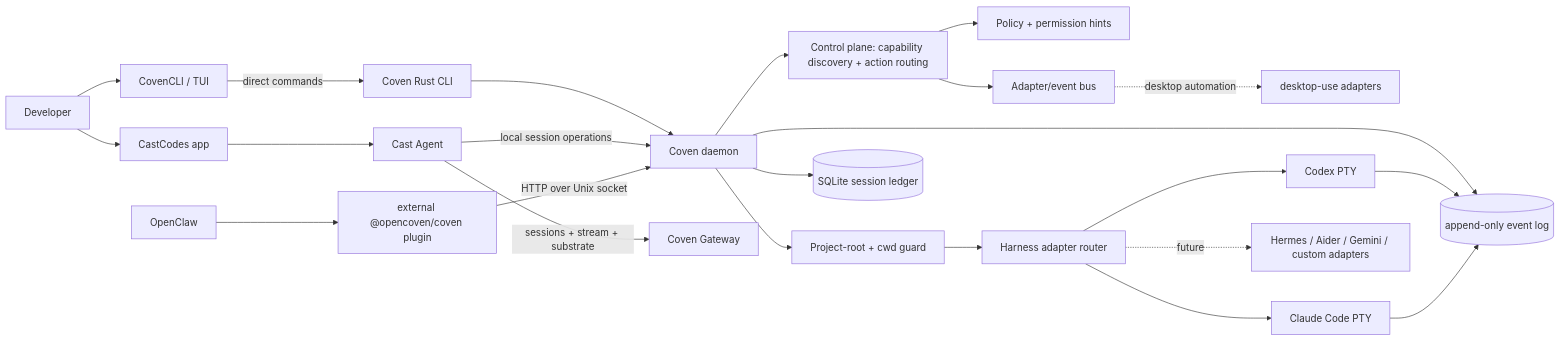
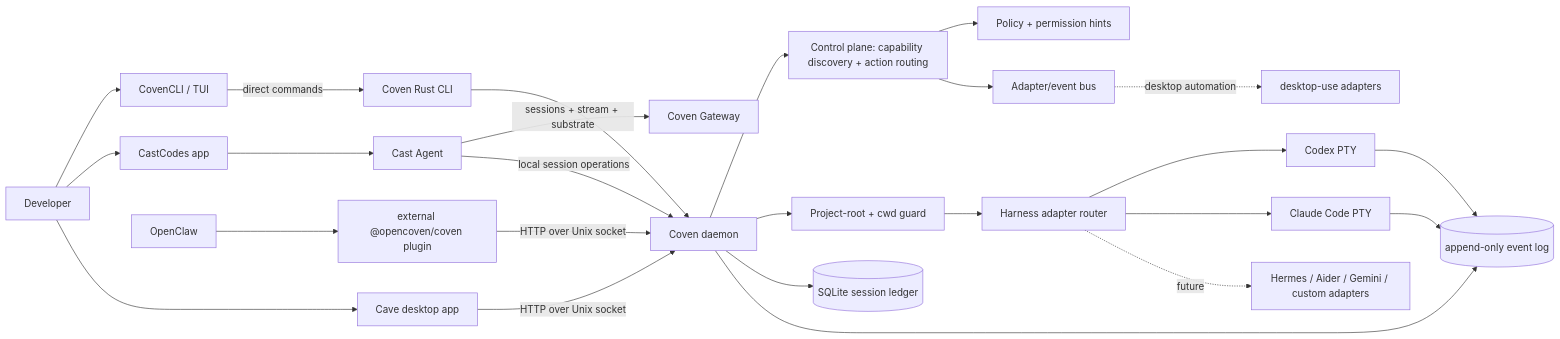
The first of 4 diagrams in content/docs/guide/architecture.mdx (OpenCoven/coven-docs), drawn with Mermaid before and after one commit. The commit also changed other lines of this file and 13 other files, not shown here.

````diff
--- a/content/docs/guide/architecture.mdx
+++ b/content/docs/guide/architecture.mdx
@@ -34,28 +34,30 @@
 ```mermaid
 flowchart LR
   User[Developer] --> CLI[CovenCLI / TUI]
   User --> CastCodes[CastCodes app]
+  User --> Cave[Cave desktop app]
   CLI -->|direct commands| Rust[Coven Rust CLI]
   Rust --> Daemon[Coven daemon]
 
   CastCodes --> CastAgent[Cast Agent]
   CastAgent -->|sessions + stream + substrate| Gateway[Coven Gateway]
   CastAgent -->|local session operations| Daemon
+  Cave -->|HTTP over Unix socket| Daemon
   OpenClaw[OpenClaw] --> Plugin[external @opencoven/coven plugin]
   Plugin -->|HTTP over Unix socket| Daemon
   Daemon --> Control[Control plane: capability discovery + action routing]
   Control --> Policy[Policy + permission hints]
   Control --> AdapterBus[Adapter/event bus]
   AdapterBus -. desktop automation .-> DesktopUse[desktop-use adapters]
 
   Daemon --> Boundary[Project-root + cwd guard]
   Boundary --> Adapter[Harness adapter router]
   Adapter --> Codex[Codex PTY]
   Adapter --> Claude[Claude Code PTY]
   Adapter -. future .-> Future[Hermes / Aider / Gemini / custom adapters]
 
   Daemon --> Store[(SQLite session ledger)]
   Daemon --> Events[(append-only event log)]
   Codex --> Events
   Claude --> Events
 ```
````
